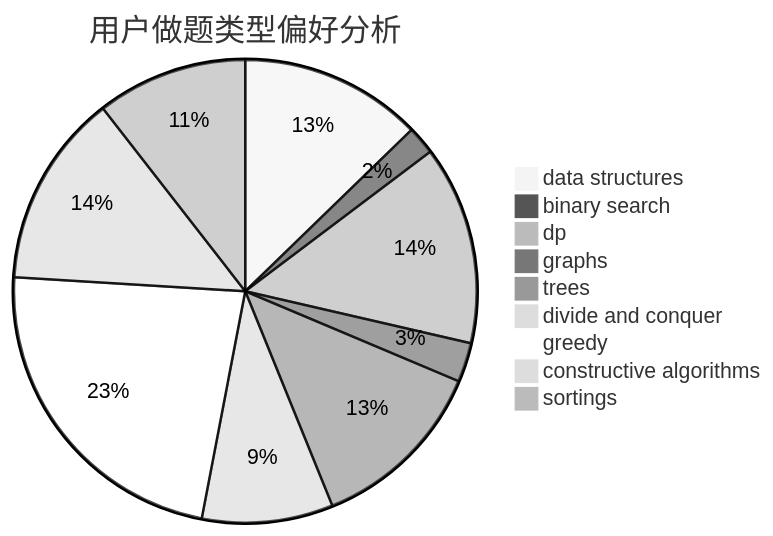
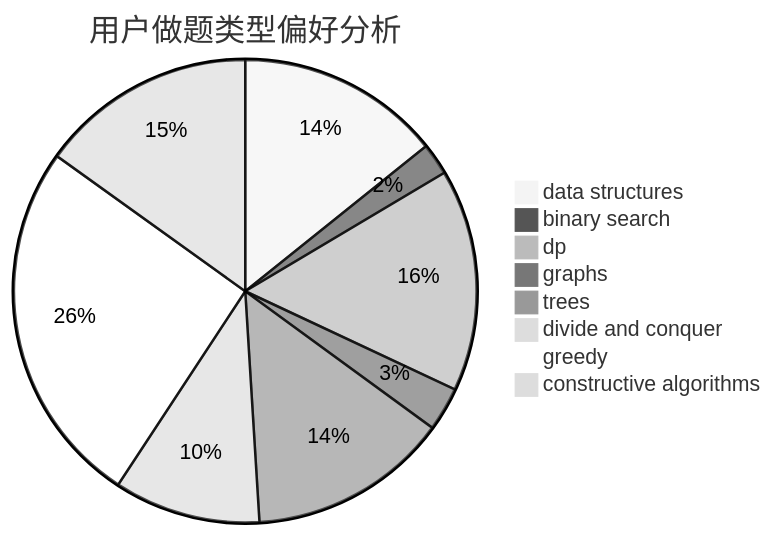
One commit to sherpahu/cfrs.github.io changed the second of 3 diagrams in docs/user/u1767.md. Above: the diagram before and after it, drawn with Mermaid (neutral theme). The commit also changed other lines of this file and 2769 other files, not shown here.

````diff
--- a/docs/user/u1767.md
+++ b/docs/user/u1767.md
@@ -18,12 +18,11 @@
 ```mermaid
 pie title 用户做题类型偏好分析
     "data structures" :  167
     "binary search" :  26
     "dp" :  182
     "graphs" :  36
     "trees" :  164
     "divide and conquer" :  120
     "greedy" :  301
     "constructive algorithms" :  177
-    "sortings" :  138
 ```
````
